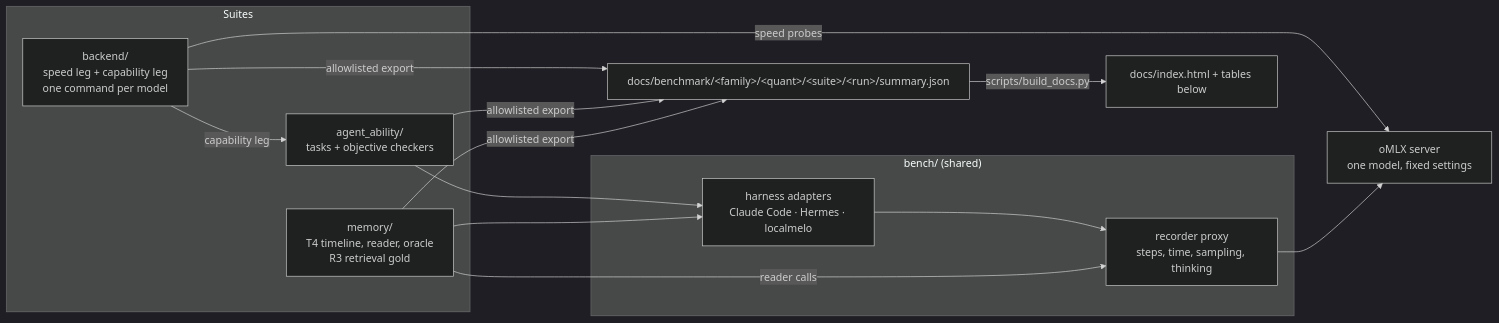
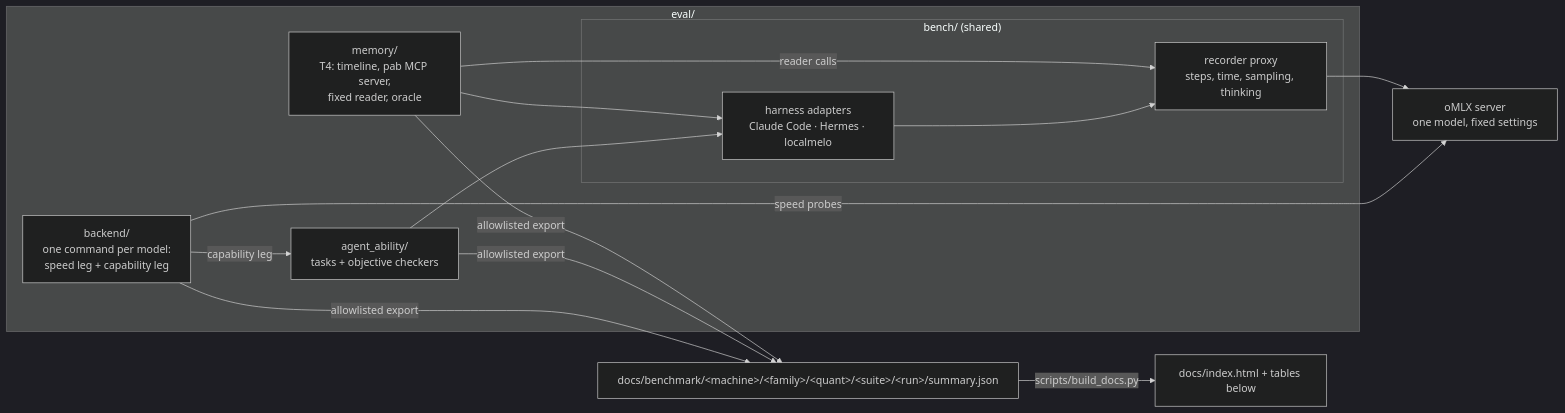
One commit to xthomaswang/personal_agent_eval_pipeline changed the diagram in README.md. Above: the diagram before and after it, drawn with Mermaid (dark theme). The commit also changed other lines of this file and 11 other files, not shown here.

First line of the commit message:
Results per machine: docs/benchmark/<machine>/..., system.machine; a general README

````diff
--- a/README.md
+++ b/README.md
@@ -20,21 +20,21 @@
 ```mermaid
 flowchart LR
-  subgraph suites["Suites"]
-    BE["backend/<br/>speed leg + capability leg<br/>one command per model"]
+  subgraph eval["eval/"]
+    BE["backend/<br/>one command per model:<br/>speed leg + capability leg"]
     AA["agent_ability/<br/>tasks + objective checkers"]
-    ME["memory/<br/>T4 timeline, reader, oracle<br/>R3 retrieval gold"]
-  end
-  subgraph shared["bench/ (shared)"]
-    HA["harness adapters<br/>Claude Code · Hermes · localmelo"]
-    PX["recorder proxy<br/>steps, time, sampling, thinking"]
+    ME["memory/<br/>T4: timeline, pab MCP server,<br/>fixed reader, oracle"]
+    subgraph bench["bench/ (shared)"]
+      HA["harness adapters<br/>Claude Code · Hermes · localmelo"]
+      PX["recorder proxy<br/>steps, time, sampling, thinking"]
+    end
   end
   BE -->|capability leg| AA
   AA --> HA
   ME --> HA
   HA --> PX
   ME -->|reader calls| PX
   BE -->|speed probes| SV
   PX --> SV["oMLX server<br/>one model, fixed settings"]
-  BE & AA & ME -->|allowlisted export| RS["docs/benchmark/&lt;family&gt;/&lt;quant&gt;/&lt;suite&gt;/&lt;run&gt;/summary.json"]
+  BE & AA & ME -->|allowlisted export| RS["docs/benchmark/&lt;machine&gt;/&lt;family&gt;/&lt;quant&gt;/&lt;suite&gt;/&lt;run&gt;/summary.json"]
   RS -->|scripts/build_docs.py| PG["docs/index.html + tables below"]
 ```
````
